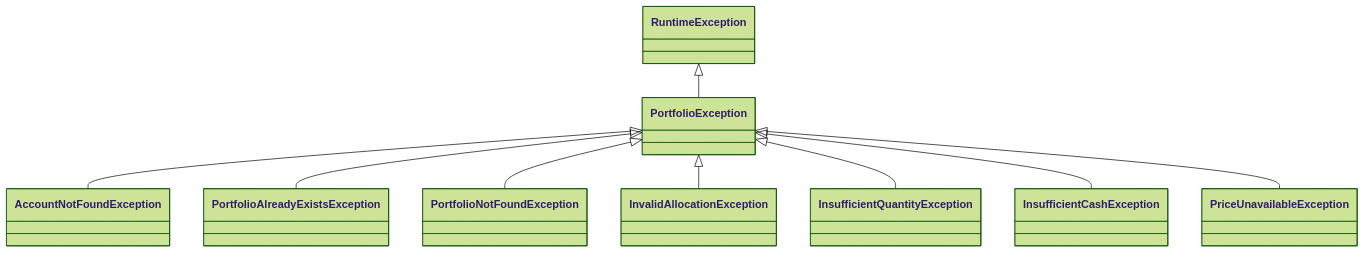
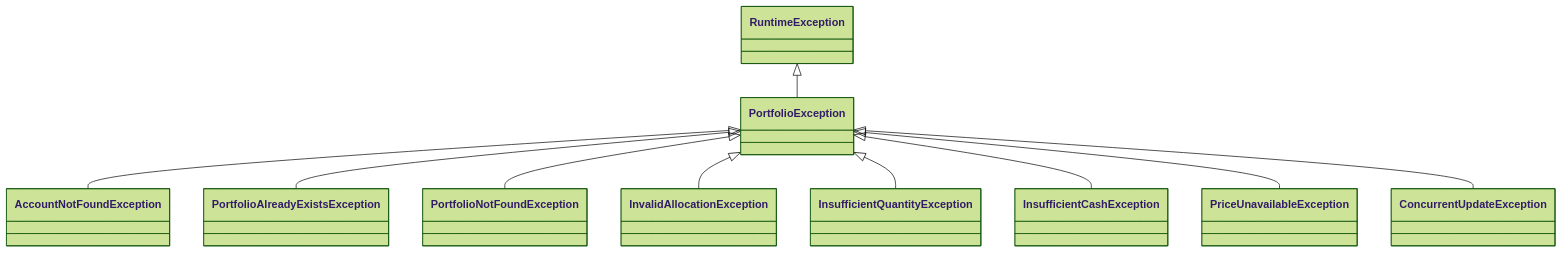
One commit to carlos-vegamu/PortfolioManagement changed the fifth of 5 diagrams in docs/ARCHITECTURE.md. Above: the diagram before and after it, drawn with Mermaid (forest theme). The commit also changed other lines of this file and 19 other files, not shown here.

````diff
--- a/docs/ARCHITECTURE.md
+++ b/docs/ARCHITECTURE.md
@@ -315,12 +340,13 @@
 ```mermaid
 classDiagram
     direction TB
     RuntimeException <|-- PortfolioException
     PortfolioException <|-- AccountNotFoundException
     PortfolioException <|-- PortfolioAlreadyExistsException
     PortfolioException <|-- PortfolioNotFoundException
     PortfolioException <|-- InvalidAllocationException
     PortfolioException <|-- InsufficientQuantityException
     PortfolioException <|-- InsufficientCashException
     PortfolioException <|-- PriceUnavailableException
+    PortfolioException <|-- ConcurrentUpdateException
 ```
````
